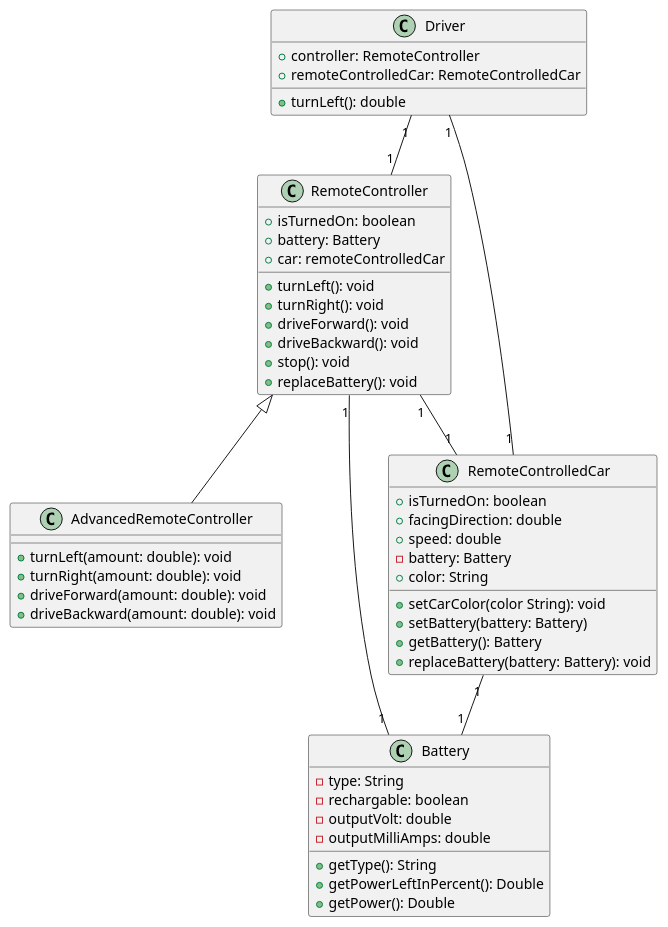
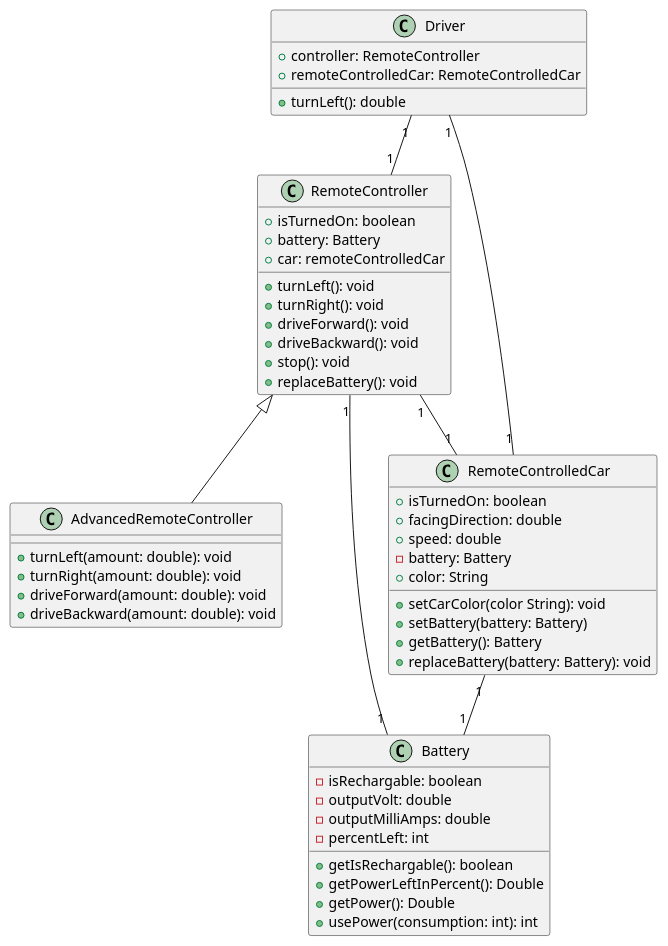
The diagram in Exercise2.puml (boolean-uk/java-tdd-oop-encapsulation), drawn with PlantUML before and after one commit. The commit also changed 2 other files, not shown here.

```diff
--- a/Exercise2.puml
+++ b/Exercise2.puml
@@ -1,66 +1,67 @@
 @startuml
 class Driver{
     + controller: RemoteController
     + remoteControlledCar: RemoteControlledCar
     + turnLeft(): double
 }
 
 class RemoteController{
     + isTurnedOn: boolean
     + battery: Battery
     + car: remoteControlledCar
     + turnLeft(): void
     + turnRight(): void
     + driveForward(): void
     + driveBackward(): void
     + stop(): void
     + replaceBattery(): void
 }
 
 class AdvancedRemoteController extends RemoteController{
     + turnLeft(amount: double): void
     + turnRight(amount: double): void
     + driveForward(amount: double): void
     + driveBackward(amount: double): void
 
 }
 
 Driver "1" -- "1" RemoteController
 Driver "1" -- "1" RemoteControlledCar
 RemoteController "1" -- "1" RemoteControlledCar
 
 
 class RemoteControlledCar{
     + isTurnedOn: boolean
     + facingDirection: double
     + speed: double
     - battery: Battery
     + color: String
     + setCarColor(color String): void
     + setBattery(battery: Battery)
     + getBattery(): Battery
     + replaceBattery(battery: Battery): void
 
 }
 
 RemoteControlledCar "1" -- "1" Battery
 RemoteController "1" -- "1" Battery
 
 
 class Battery{
-    - type: String
-    - rechargable: boolean
+    - isRechargable: boolean
     - outputVolt: double
     - outputMilliAmps: double
+    - percentLeft: int
 
-    + getType(): String
+    + getIsRechargable(): boolean
     + getPowerLeftInPercent(): Double
     + getPower(): Double
+    + usePower(consumption: int): int
 
 
 ' for a more complete system then i would probably use
 ' an interface for electronic components and keep
 ' battery functions together.
 }
 
 @enduml
```
